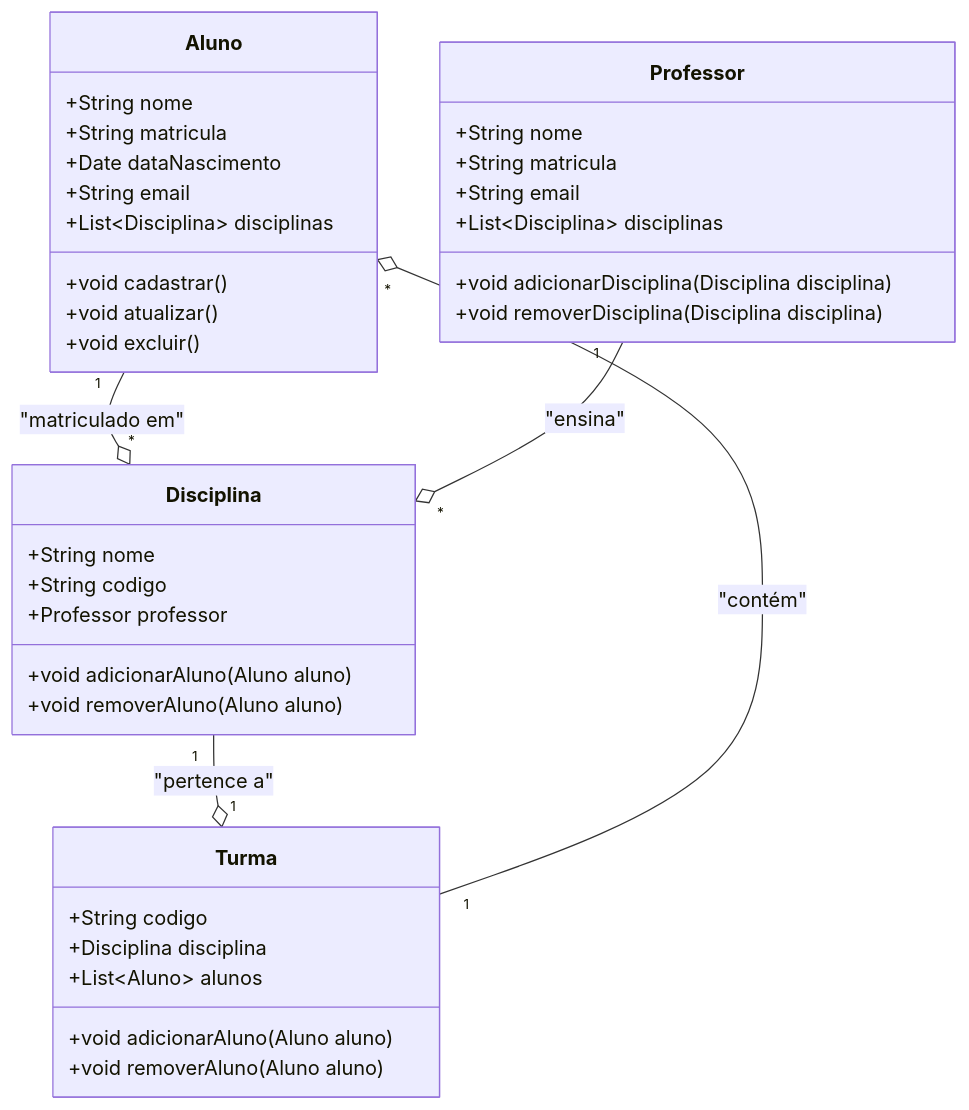
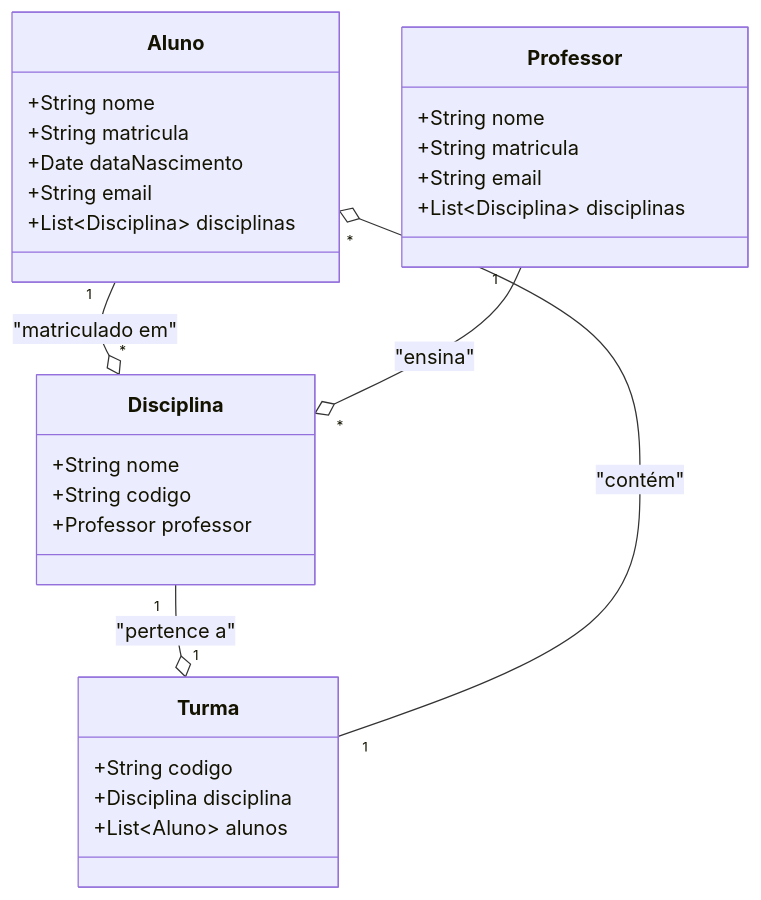
One commit to ronaldofelix/DesafioDIO-Publicando-Sua-API-REST-na-Nuvem-Usando-Spring-Boot-3-Java-17-e-Railway changed the diagram in README.md. Above: the diagram before and after it, drawn with Mermaid.

````diff
--- a/README.md
+++ b/README.md
@@ -3,43 +3,35 @@
 ```mermaid
 classDiagram
     class Aluno {
         +String nome
         +String matricula
         +Date dataNascimento
         +String email
         +List~Disciplina~ disciplinas
-        +void cadastrar()
-        +void atualizar()
-        +void excluir()
     }
 
     class Disciplina {
         +String nome
         +String codigo
         +Professor professor
-        +void adicionarAluno(Aluno aluno)
-        +void removerAluno(Aluno aluno)
     }
 
     class Professor {
         +String nome
         +String matricula
         +String email
         +List~Disciplina~ disciplinas
-        +void adicionarDisciplina(Disciplina disciplina)
-        +void removerDisciplina(Disciplina disciplina)
     }
 
     class Turma {
         +String codigo
         +Disciplina disciplina
         +List~Aluno~ alunos
-        +void adicionarAluno(Aluno aluno)
-        +void removerAluno(Aluno aluno)
+
     }
 
     Aluno "1" --o "*" Disciplina : "matriculado em"
     Professor "1" --o "*" Disciplina : "ensina"
     Disciplina "1" --o "1" Turma : "pertence a"
     Turma "1" --o "*" Aluno : "contém"
 ```
````
